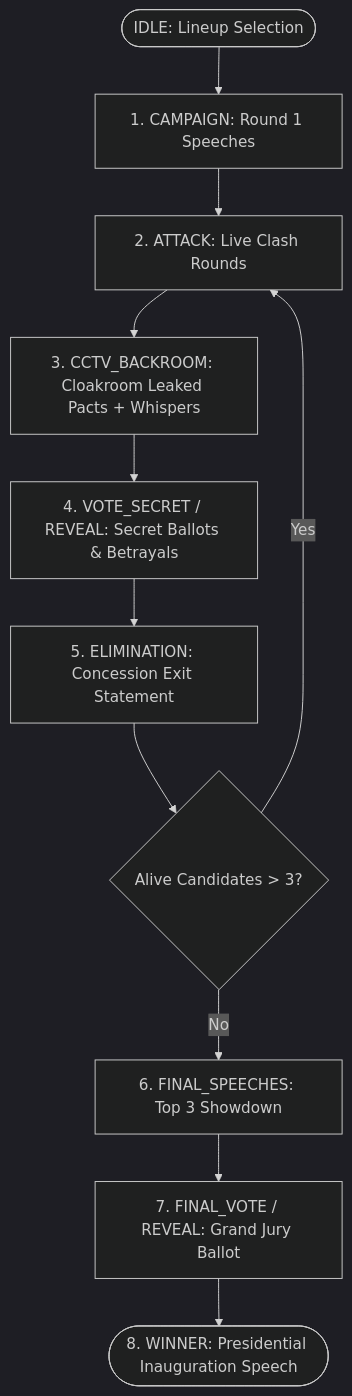
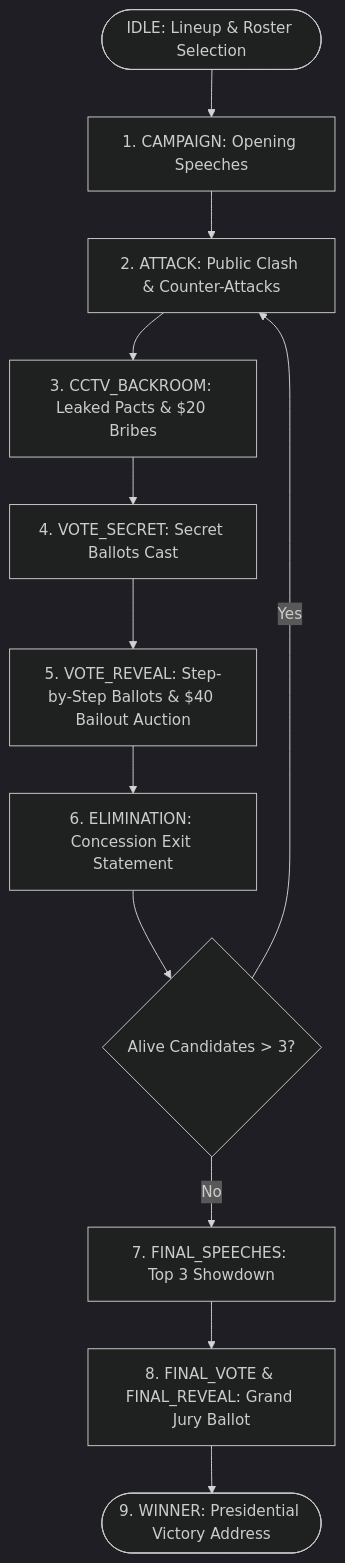
The diagram in .agents/skills/valoria-workflow/SKILL.md (Godwynthegolden/ai-presidential-battle-valoria), drawn with Mermaid (dark theme) before and after one commit. The commit also changed other lines of this file and 5 other files, not shown here.

Commit message:
docs(skills): update valoria-workflow master guide & architecture invariants for future agents

````diff
--- a/.agents/skills/valoria-workflow/SKILL.md
+++ b/.agents/skills/valoria-workflow/SKILL.md
@@ -31,13 +32,14 @@
 ```mermaid
 flowchart TD
-    IDLE([IDLE: Lineup Selection]) --> CAMPAIGN[1. CAMPAIGN: Round 1 Speeches]
-    CAMPAIGN --> ATTACK[2. ATTACK: Live Clash Rounds]
-    ATTACK --> CCTV[3. CCTV_BACKROOM: Cloakroom Leaked Pacts + Whispers]
-    CCTV --> VOTE[4. VOTE_SECRET / REVEAL: Secret Ballots & Betrayals]
-    VOTE --> ELIM[5. ELIMINATION: Concession Exit Statement]
+    IDLE([IDLE: Lineup & Roster Selection]) --> CAMPAIGN[1. CAMPAIGN: Opening Speeches]
+    CAMPAIGN --> ATTACK[2. ATTACK: Public Clash & Counter-Attacks]
+    ATTACK --> CCTV[3. CCTV_BACKROOM: Leaked Pacts & $20 Bribes]
+    CCTV --> VOTE_SECRET[4. VOTE_SECRET: Secret Ballots Cast]
+    VOTE_SECRET --> VOTE_REVEAL[5. VOTE_REVEAL: Step-by-Step Ballots & $40 Bailout Auction]
+    VOTE_REVEAL --> ELIM[6. ELIMINATION: Concession Exit Statement]
     ELIM --> CHECK{Alive Candidates > 3?}
     CHECK -- Yes --> ATTACK
-    CHECK -- No --> FINAL[6. FINAL_SPEECHES: Top 3 Showdown]
-    FINAL --> GRAND_JURY[7. FINAL_VOTE / REVEAL: Grand Jury Ballot]
-    GRAND_JURY --> WINNER([8. WINNER: Presidential Inauguration Speech])
+    CHECK -- No --> FINAL[7. FINAL_SPEECHES: Top 3 Showdown]
+    FINAL --> GRAND_JURY[8. FINAL_VOTE & FINAL_REVEAL: Grand Jury Ballot]
+    GRAND_JURY --> WINNER([9. WINNER: Presidential Victory Address])
 ```
````
